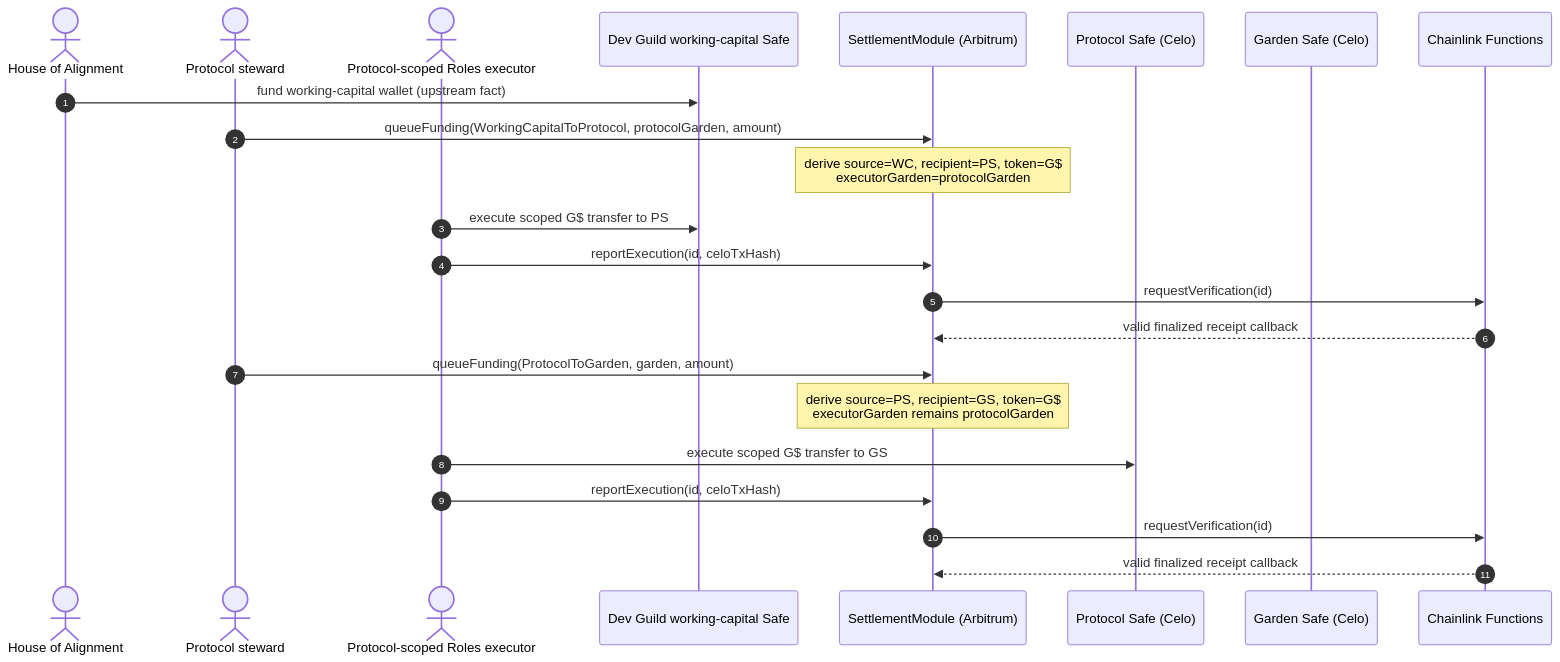
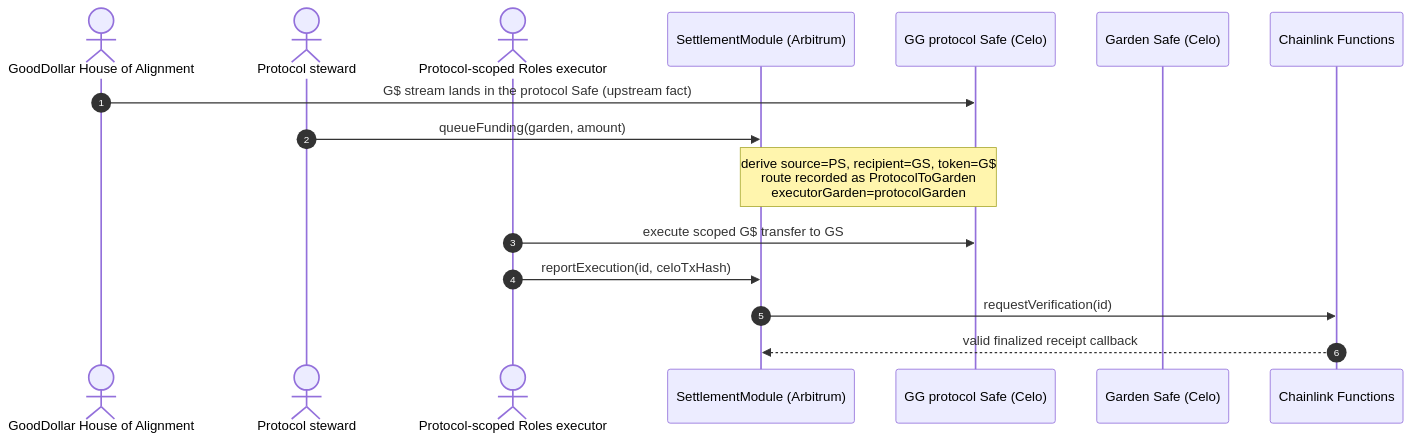
Diagram 17 of 18 in .plans/active/commitment-pooling/diagrams.md (greenpill-dev-guild/green-goods), drawn with Mermaid before and after one commit. The commit also changed other lines of this file and 20 other files, not shown here.

````diff
--- a/.plans/active/commitment-pooling/diagrams.md
+++ b/.plans/active/commitment-pooling/diagrams.md
@@ -712,26 +836,19 @@
 ```mermaid
 sequenceDiagram
   autonumber
-  actor HOA as House of Alignment
+  actor HOA as GoodDollar House of Alignment
   actor OP as Protocol steward
   actor EX as Protocol-scoped Roles executor
-  participant WC as Dev Guild working-capital Safe
   participant SM as SettlementModule (Arbitrum)
-  participant PS as Protocol Safe (Celo)
+  participant PS as GG protocol Safe (Celo)
   participant GS as Garden Safe (Celo)
   participant CL as Chainlink Functions
 
-  HOA->>WC: fund working-capital wallet (upstream fact)
-  OP->>SM: queueFunding(WorkingCapitalToProtocol, protocolGarden, amount)
-  Note over SM: derive source=WC, recipient=PS, token=G$<br/>executorGarden=protocolGarden
-  EX->>WC: execute scoped G$ transfer to PS
-  EX->>SM: reportExecution(id, celoTxHash)
-  SM->>CL: requestVerification(id)
-  CL-->>SM: valid finalized receipt callback
-  OP->>SM: queueFunding(ProtocolToGarden, garden, amount)
-  Note over SM: derive source=PS, recipient=GS, token=G$<br/>executorGarden remains protocolGarden
+  HOA->>PS: G$ stream lands in the protocol Safe (upstream fact)
+  OP->>SM: queueFunding(garden, amount)
+  Note over SM,PS: derive source=PS, recipient=GS, token=G$<br/>route recorded as ProtocolToGarden<br/>executorGarden=protocolGarden
   EX->>PS: execute scoped G$ transfer to GS
   EX->>SM: reportExecution(id, celoTxHash)
   SM->>CL: requestVerification(id)
   CL-->>SM: valid finalized receipt callback
 ```
````
